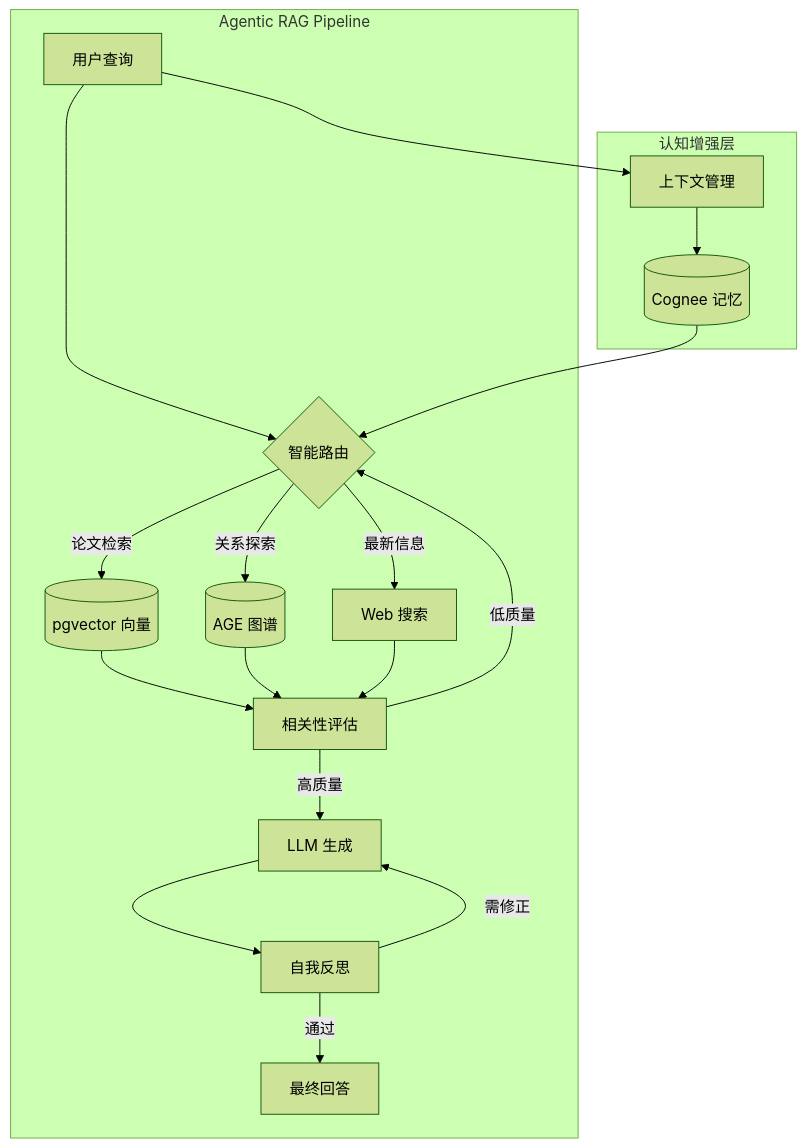
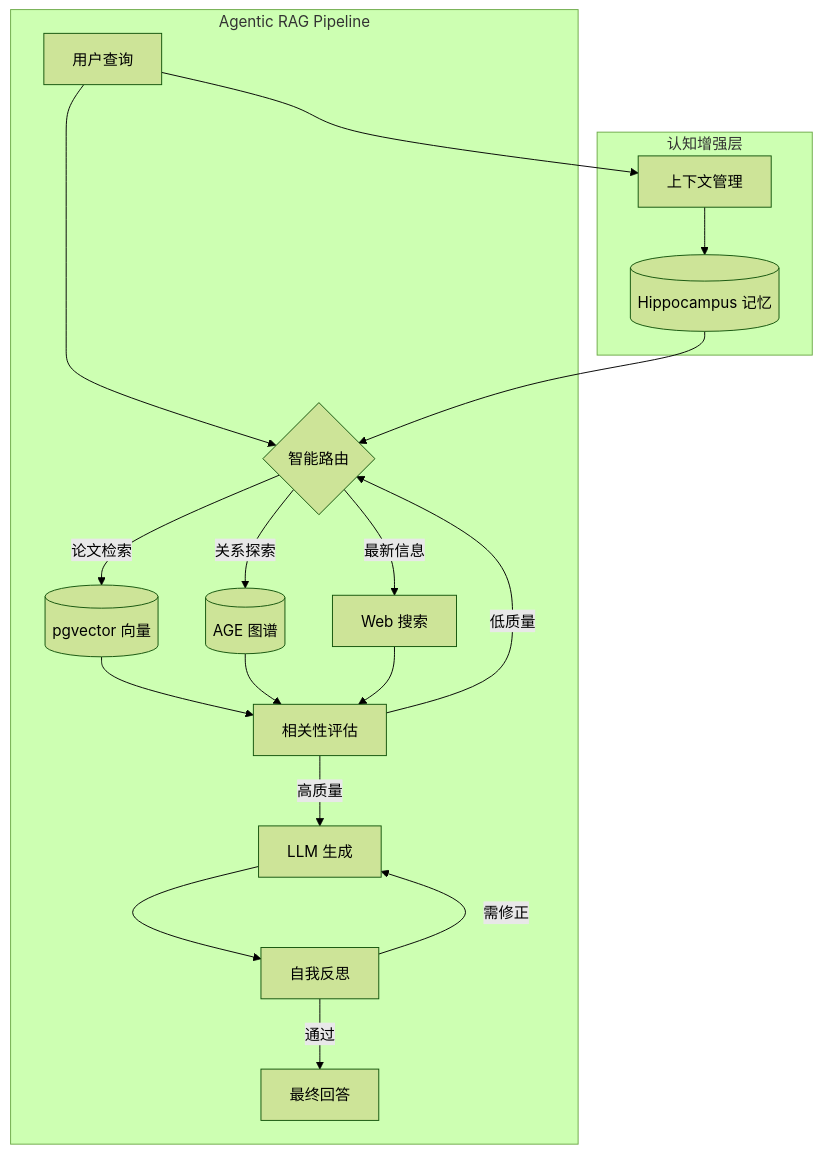
The eighth of 17 diagrams in docs/research/000-cognitive-enhancement.md (ThreeFish-AI/negentropy), drawn with Mermaid (forest theme) before and after one commit. The commit also changed other lines of this file and 1 other file, not shown here.

````diff
--- a/docs/research/000-cognitive-enhancement.md
+++ b/docs/research/000-cognitive-enhancement.md
@@ -544,27 +356,27 @@
 ```mermaid
 flowchart TB
     subgraph "Agentic RAG Pipeline"
         Query[用户查询] --> Router{智能路由}
 
         Router -->|论文检索| OB[(pgvector 向量)]
         Router -->|关系探索| Neo[(AGE 图谱)]
         Router -->|最新信息| Web[Web 搜索]
 
         OB & Neo & Web --> Grader[相关性评估]
         Grader -->|低质量| Router
         Grader -->|高质量| Generator[LLM 生成]
 
         Generator --> Reflector[自我反思]
         Reflector -->|需修正| Generator
         Reflector -->|通过| Response[最终回答]
     end
 
     subgraph "认知增强层"
-        Memory[(Cognee 记忆)]
+        Memory[(Hippocampus 记忆)]
         Context[上下文管理]
     end
 
     Query --> Context
     Context --> Memory
     Memory --> Router
 ```
````
